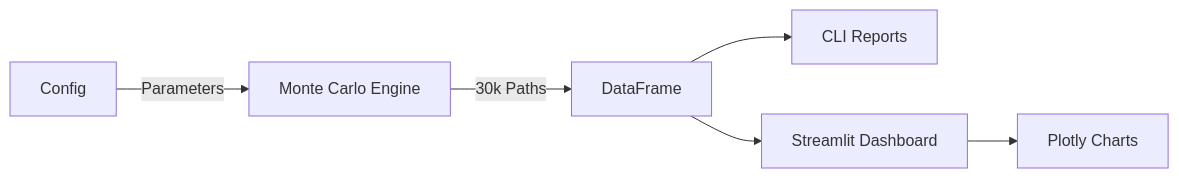
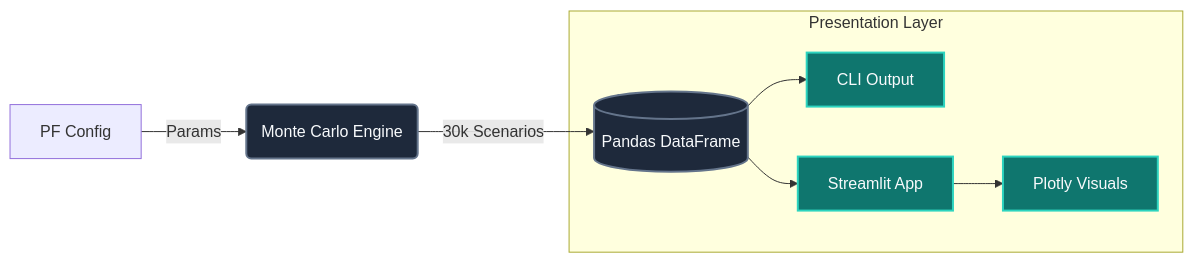
Before and after one commit to aestim/real-estate-pf-liquidity-risk: the second of 2 diagrams in README.md, drawn with Mermaid. The commit also changed other lines of this file, not shown here.

````diff
--- a/README.md
+++ b/README.md
@@ -169,8 +160,14 @@
 ```mermaid
-graph LR
-    A[Config] -->|Parameters| B[Monte Carlo Engine]
-    B -->|30k Paths| C[DataFrame]
-    C --> D[CLI Reports]
-    C --> E[Streamlit Dashboard]
-    E --> F[Plotly Charts]
+flowchart LR
+    classDef engine fill:#1e293b,stroke:#64748b,stroke-width:2px,color:#f8fafc
+    classDef ui fill:#0f766e,stroke:#2dd4bf,stroke-width:2px,color:#f8fafc
+
+    A[PF Config] -->|Params| B(Monte Carlo Engine):::engine
+    B -->|30k Scenarios| C[(Pandas DataFrame)]:::engine
+    
+    subgraph Presentation Layer
+        C --> D[CLI Output]:::ui
+        C --> E[Streamlit App]:::ui
+        E --> F[Plotly Visuals]:::ui
+    end
 ```
````
